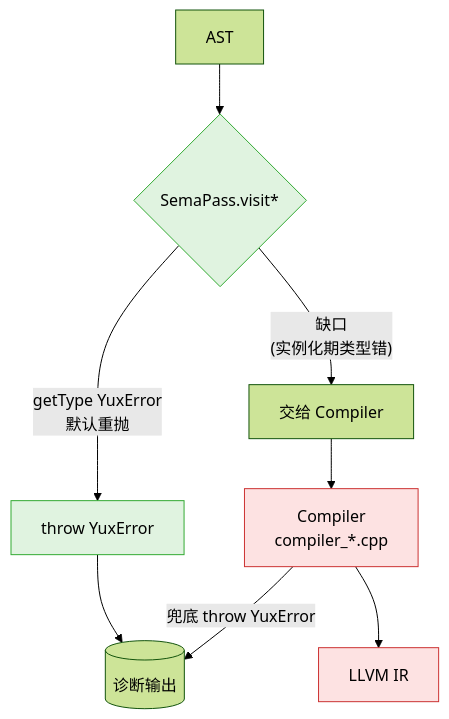
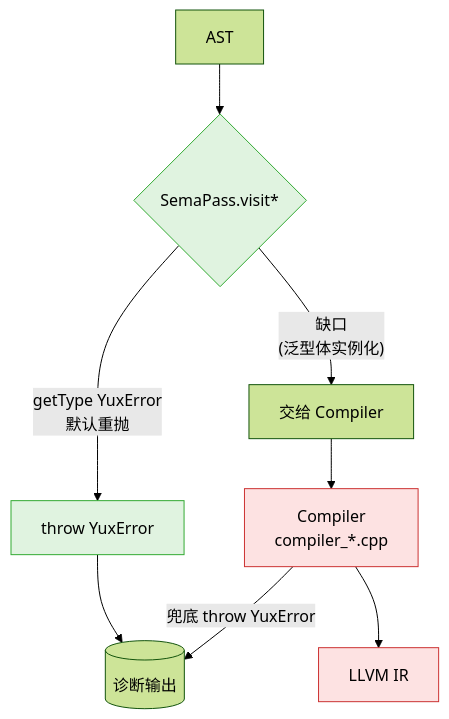
The fourth of 6 diagrams in yux.md (riu-lang/riu), drawn with Mermaid (forest theme) before and after one commit. The commit also changed 9 other files, not shown here.

````diff
--- a/yux.md
+++ b/yux.md
@@ -116,18 +116,18 @@
 ```mermaid
 flowchart TB
     ast[AST] --> sema{SemaPass.visit*}
 
     sema -- "getType YuxError<br/>默认重抛" --> throwSema[throw YuxError]
-    sema -- "缺口<br/>(实例化期类型错)" --> skip[交给 Compiler]
+    sema -- "缺口<br/>(泛型体实例化)" --> skip[交给 Compiler]
 
     throwSema --> userErr[(诊断输出)]
     skip --> compiler[Compiler<br/>compiler_*.cpp]
 
     compiler -- "兜底 throw YuxError" --> userErr
     compiler --> ir[LLVM IR]
 
     classDef green fill:#e0f3e0,stroke:#3a3
     classDef red fill:#fde2e2,stroke:#c33
     class sema,throwSema green
     class compiler,ir red
 ```
````
